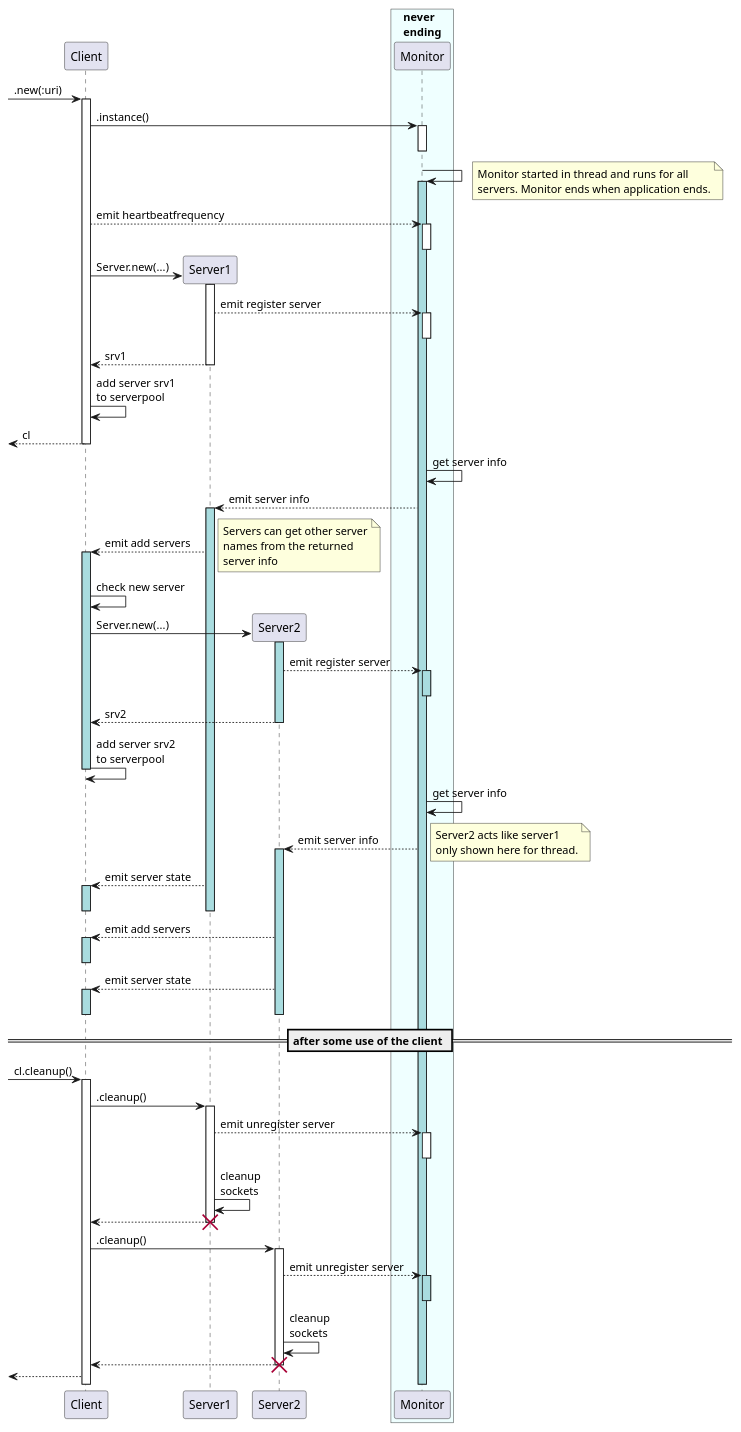
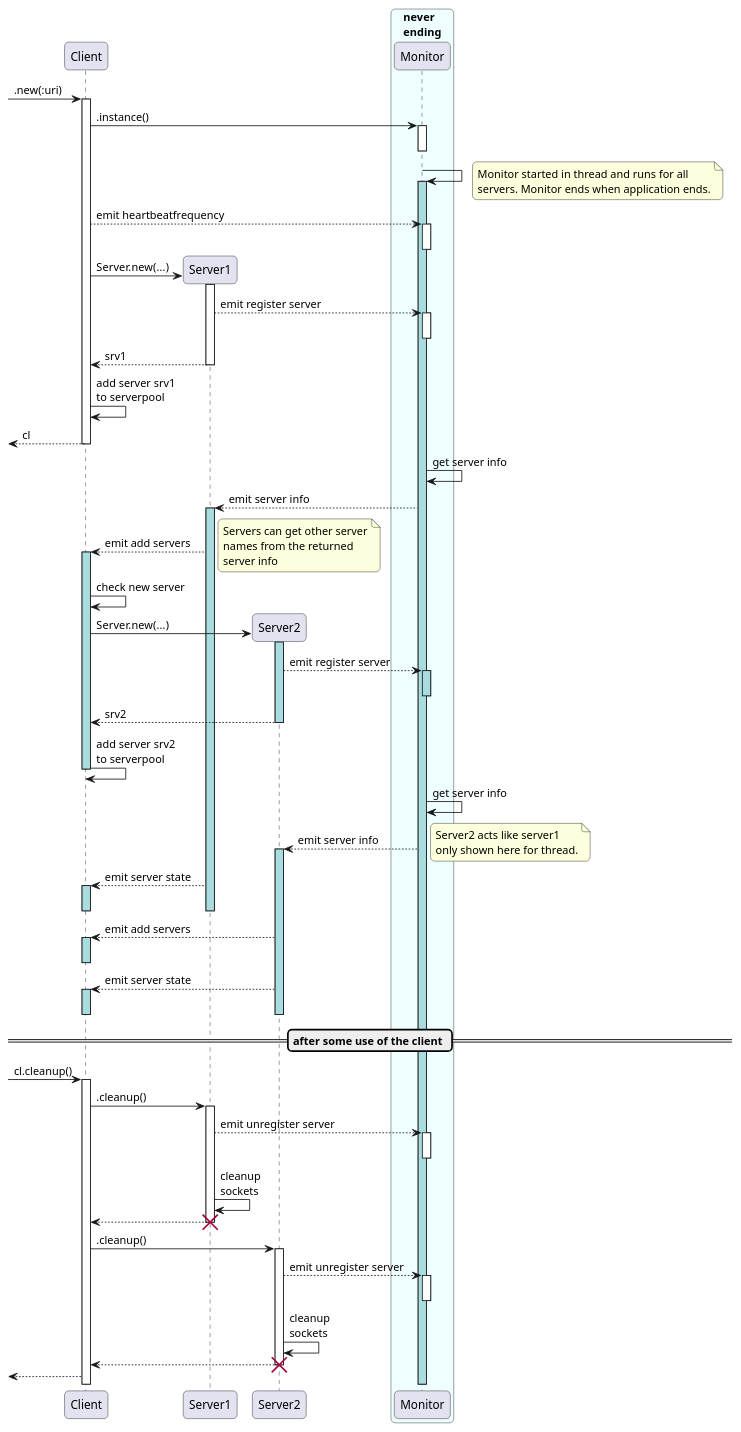
One commit to MARTIMM/raku-mongodb-driver changed the diagram in doc/uml/CSM-interact.md. Above: the diagram before and after it, drawn with PlantUML. The commit also changed 13 other files, not shown here.

Commit message:
modified uml diagrams

```diff
--- a/doc/uml/CSM-interact.md
+++ b/doc/uml/CSM-interact.md
@@ -2,6 +2,7 @@
 @startuml
 
 
+skinparam roundcorner 10
 skinparam sequence {
 '  LifeLineBorderColor blue
   LifeLineBackgroundColor #fff
@@ -90,7 +91,7 @@
 destroy Server1
 
 Client -> Server2 ++: .cleanup()
-Server2 --> Monitor ++ #A9DCDF: emit unregister server
+Server2 --> Monitor ++: emit unregister server
 deactivate Monitor
 
 Server2 -> Server2: cleanup\nsockets
```
